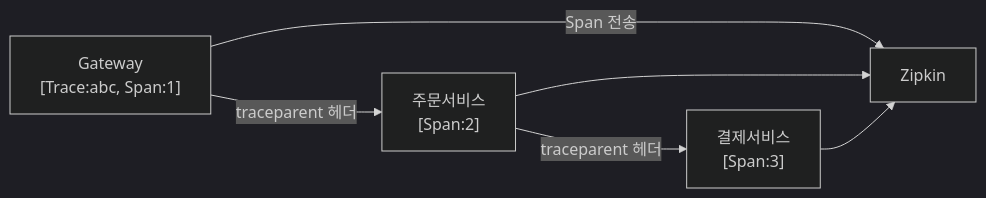
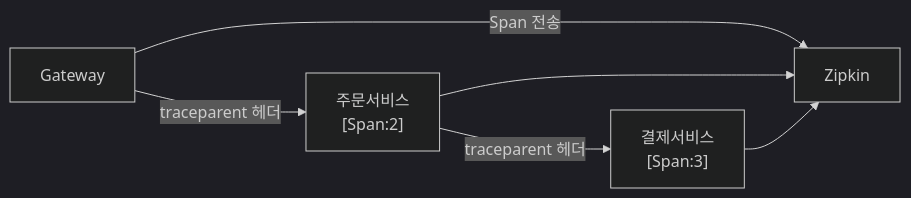
One commit to yjkim2015/yjkim2015.github.io changed the eighth of 15 diagrams in _posts/architecture/2026-05-02-msa-deep.md. Above: the diagram before and after it, drawn with Mermaid (dark theme). The commit also changed other lines of this file and 245 other files, not shown here.

First line of the commit message:
Mermaid 다이어그램 전면 수정 + 면접 포인트 접기/펼치기 + DB 데드락 페이지

````diff
--- a/_posts/architecture/2026-05-02-msa-deep.md
+++ b/_posts/architecture/2026-05-02-msa-deep.md
@@ -787,8 +787,8 @@
 ```mermaid
 graph LR
-    GW["Gateway\n[Trace:abc, Span:1]"] -->|traceparent 헤더| OS["주문서비스\n[Span:2]"]
+    GW["Gateway"] -->|traceparent 헤더| OS["주문서비스\n[Span:2]"]
     OS -->|traceparent 헤더| PS["결제서비스\n[Span:3]"]
     GW -->|Span 전송| Zipkin["Zipkin"]
     OS --> Zipkin
     PS --> Zipkin
 ```
````
